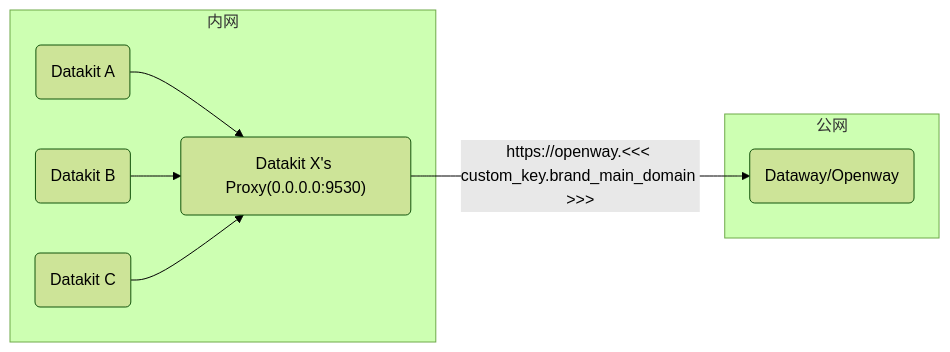
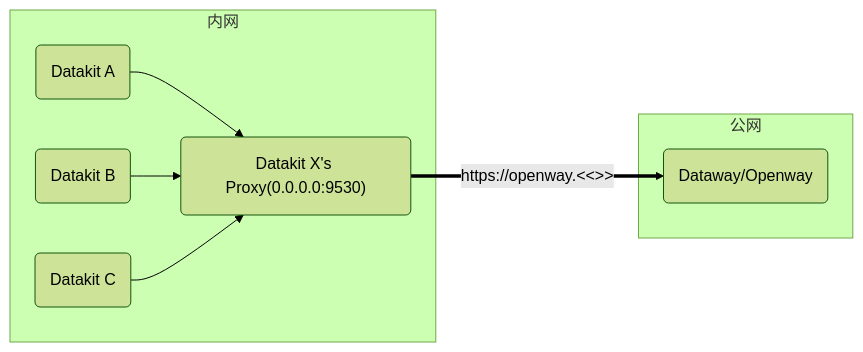
One commit to GuanceCloud/guance-docs changed the diagram in docs/zh/integrations/proxy.md. Above: the diagram before and after it, drawn with Mermaid (forest theme). The commit also changed other lines of this file and 286 other files, not shown here.

````diff
--- a/docs/zh/integrations/proxy.md
+++ b/docs/zh/integrations/proxy.md
@@ -93,18 +93,18 @@
 ``` mermaid
 flowchart LR;
 dk_A(Datakit A);
 dk_B(Datakit B);
 dk_C(Datakit C);
 dk_X_proxy("Datakit X's Proxy(0.0.0.0:9530)");
 dw(Dataway/Openway);
 
 subgraph "内网"
 dk_A --> dk_X_proxy;
 dk_B --> dk_X_proxy;
 dk_C --> dk_X_proxy;
 end
 
 subgraph "公网"
-dk_X_proxy --> |https://openway.<<< custom_key.brand_main_domain >>>|dw;
+dk_X_proxy ==> |https://openway.<<<custom_key.brand_main_domain>>>|dw;
 end
 ```
````
